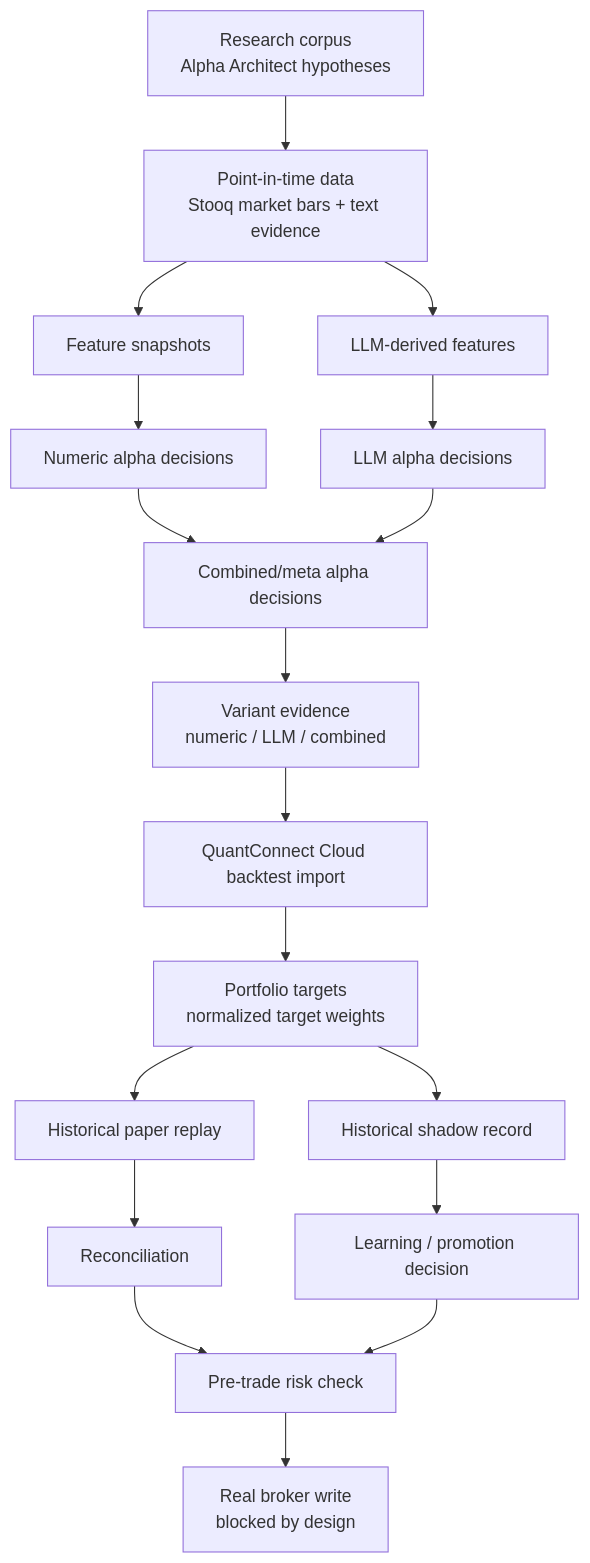
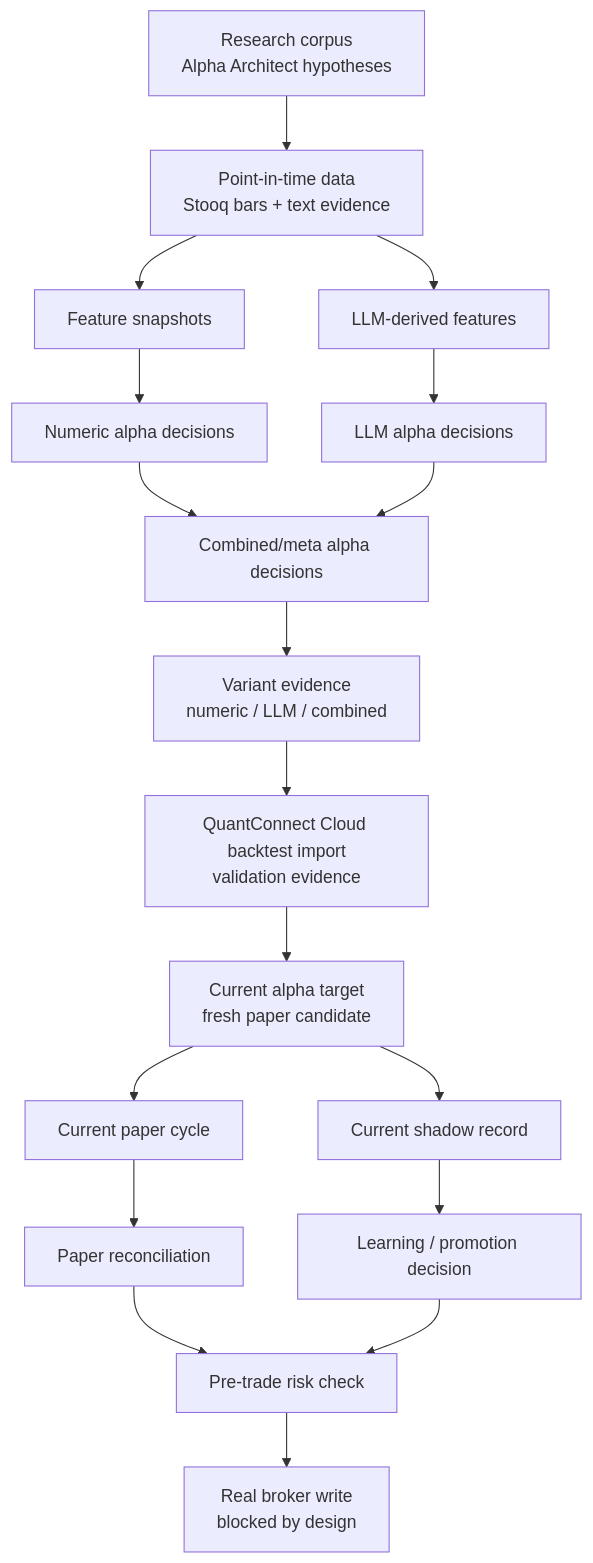
The diagram in result.md (gigio1023/lincei-quant-research-engine), drawn with Mermaid before and after one commit. The commit also changed other lines of this file and 7 other files, not shown here.

First line of the commit message:
Add current alpha paper cycle

````diff
--- a/result.md
+++ b/result.md
@@ -17,20 +19,20 @@
 ```mermaid
 flowchart TD
-    A["Research corpus<br/>Alpha Architect hypotheses"] --> B["Point-in-time data<br/>Stooq market bars + text evidence"]
+    A["Research corpus<br/>Alpha Architect hypotheses"] --> B["Point-in-time data<br/>Stooq bars + text evidence"]
     B --> C["Feature snapshots"]
     C --> D["Numeric alpha decisions"]
     B --> E["LLM-derived features"]
     E --> F["LLM alpha decisions"]
     D --> G["Combined/meta alpha decisions"]
     F --> G
     G --> H["Variant evidence<br/>numeric / LLM / combined"]
-    H --> I["QuantConnect Cloud backtest import"]
-    I --> J["Portfolio targets<br/>normalized target weights"]
-    J --> K["Historical paper replay"]
-    J --> L["Historical shadow record"]
-    K --> M["Reconciliation"]
+    H --> I["QuantConnect Cloud backtest import<br/>validation evidence"]
+    I --> J["Current alpha target<br/>fresh paper candidate"]
+    J --> K["Current paper cycle"]
+    J --> L["Current shadow record"]
+    K --> M["Paper reconciliation"]
     L --> N["Learning / promotion decision"]
     M --> O["Pre-trade risk check"]
     N --> O
     O --> P["Real broker write<br/>blocked by design"]
 ```
````
